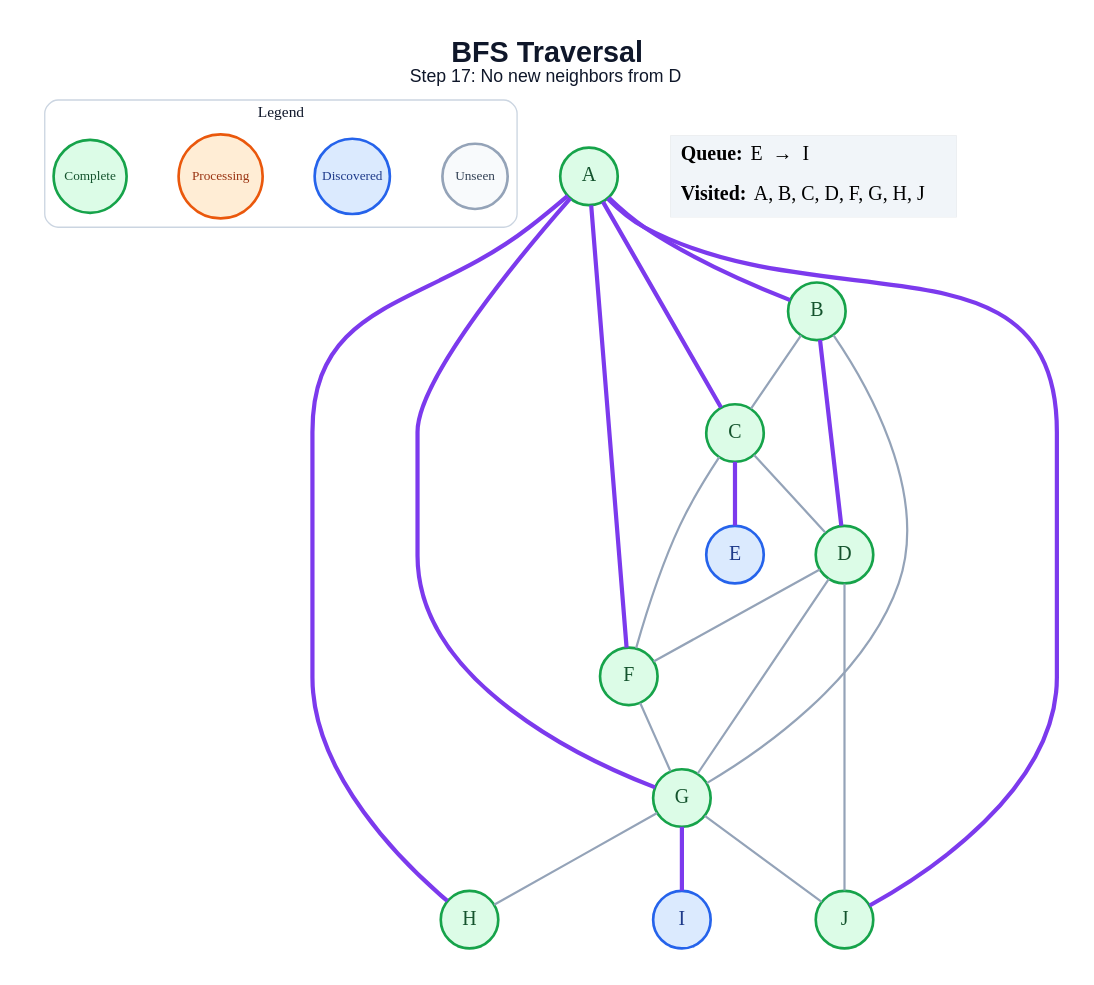
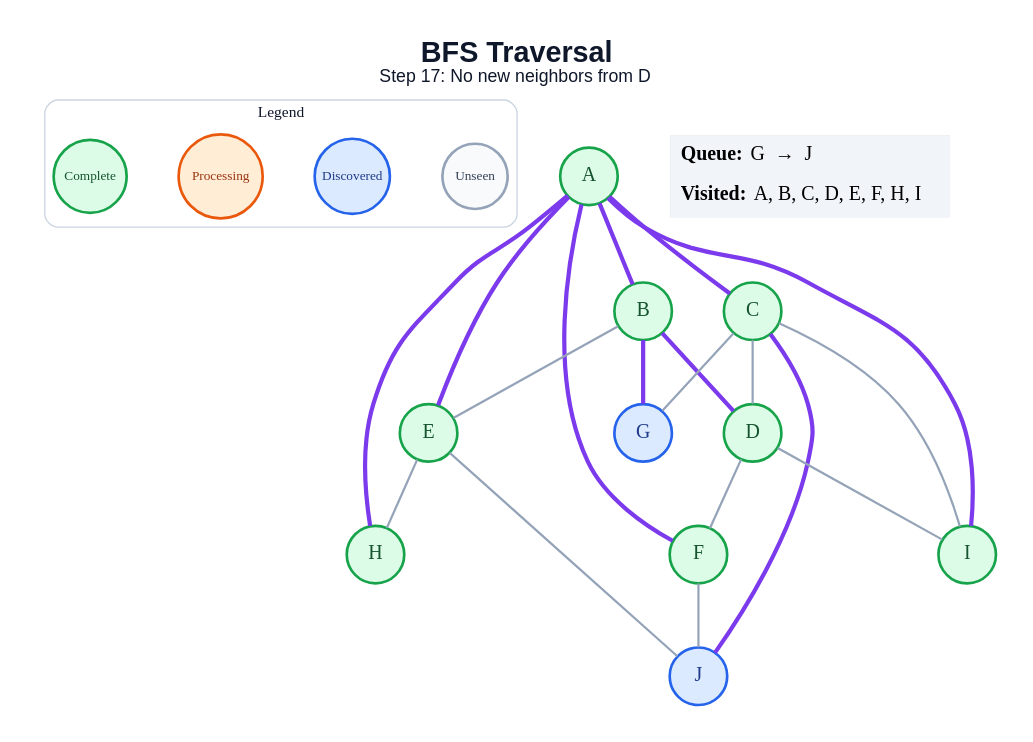
Before and after one commit to amanghodawala9/ai-slop: the diagram in generated/bfs/step_17.dot, drawn with Graphviz. The commit also changed 178 other files, not shown here.

```diff
--- a/generated/bfs/step_17.dot
+++ b/generated/bfs/step_17.dot
@@ -1,48 +1,47 @@
 graph traversal {
   graph [layout=dot, rankdir=TB, bgcolor="#FFFFFF", pad="0.35", nodesep="0.65", ranksep="0.8", fontname="Arial"];
   node [shape=circle, style="filled", fontname="Arial Bold", fontsize=18, width=0.72, fixedsize=true, penwidth=2.4];
   edge [color="#94A3B8", penwidth=2.0];
   label=<<B>BFS Traversal</B><BR/><FONT POINT-SIZE="16">Step 17: No new neighbors from D</FONT>>; labelloc="t"; fontsize=26; fontname="Arial"; fontcolor="#0F172A";
   subgraph cluster_legend { label="Legend"; color="#CBD5E1"; penwidth=1.2; style="rounded"; fontsize=14; fontname="Arial Bold";
     key_unseen [label="Unseen", fillcolor="#F8FAFC", color="#94A3B8", fontcolor="#334155", fontsize=12, width=0.82];
     key_frontier [label="Discovered", fillcolor="#DBEAFE", color="#2563EB", fontcolor="#1E3A8A", fontsize=12, width=0.95];
     key_current [label="Processing", fillcolor="#FFEDD5", color="#EA580C", fontcolor="#9A3412", fontsize=12, width=1.05];
     key_done [label="Complete", fillcolor="#DCFCE7", color="#16A34A", fontcolor="#14532D", fontsize=12, width=0.92];
     { rank=same; key_unseen; key_frontier; key_current; key_done; }
   }
   A [fillcolor="#DCFCE7", color="#16A34A", fontcolor="#14532D"];
   B [fillcolor="#DCFCE7", color="#16A34A", fontcolor="#14532D"];
   C [fillcolor="#DCFCE7", color="#16A34A", fontcolor="#14532D"];
   D [fillcolor="#DCFCE7", color="#16A34A", fontcolor="#14532D"];
-  E [fillcolor="#DBEAFE", color="#2563EB", fontcolor="#1E3A8A"];
+  E [fillcolor="#DCFCE7", color="#16A34A", fontcolor="#14532D"];
   F [fillcolor="#DCFCE7", color="#16A34A", fontcolor="#14532D"];
-  G [fillcolor="#DCFCE7", color="#16A34A", fontcolor="#14532D"];
+  G [fillcolor="#DBEAFE", color="#2563EB", fontcolor="#1E3A8A"];
   H [fillcolor="#DCFCE7", color="#16A34A", fontcolor="#14532D"];
-  I [fillcolor="#DBEAFE", color="#2563EB", fontcolor="#1E3A8A"];
-  J [fillcolor="#DCFCE7", color="#16A34A", fontcolor="#14532D"];
+  I [fillcolor="#DCFCE7", color="#16A34A", fontcolor="#14532D"];
+  J [fillcolor="#DBEAFE", color="#2563EB", fontcolor="#1E3A8A"];
   A -- B [color="#7C3AED", penwidth=3.8];
   A -- C [color="#7C3AED", penwidth=3.8];
+  A -- E [color="#7C3AED", penwidth=3.8];
   A -- F [color="#7C3AED", penwidth=3.8];
-  A -- G [color="#7C3AED", penwidth=3.8];
   A -- H [color="#7C3AED", penwidth=3.8];
-  A -- J [color="#7C3AED", penwidth=3.8];
-  B -- C;
+  A -- I [color="#7C3AED", penwidth=3.8];
   B -- D [color="#7C3AED", penwidth=3.8];
-  B -- G;
+  B -- E;
+  B -- G [color="#7C3AED", penwidth=3.8];
   C -- D;
-  C -- E [color="#7C3AED", penwidth=3.8];
-  C -- F;
+  C -- G;
+  C -- I;
+  C -- J [color="#7C3AED", penwidth=3.8];
   D -- F;
-  D -- G;
-  D -- J;
-  F -- G;
-  G -- H;
-  G -- I [color="#7C3AED", penwidth=3.8];
-  G -- J;
+  D -- I;
+  E -- H;
+  E -- J;
+  F -- J;
   status [shape=plain, fixedsize=false, width=0, height=0, margin=0, label=<
     <TABLE BORDER="0" CELLBORDER="0" CELLPADDING="7" BGCOLOR="#F1F5F9">
-      <TR><TD ALIGN="LEFT"><B>Queue:</B> E  →  I</TD></TR>
-      <TR><TD ALIGN="LEFT"><B>Visited:</B> A, B, C, D, F, G, H, J</TD></TR>
+      <TR><TD ALIGN="LEFT"><B>Queue:</B> G  →  J</TD></TR>
+      <TR><TD ALIGN="LEFT"><B>Visited:</B> A, B, C, D, E, F, H, I</TD></TR>
     </TABLE>
   >];
 }
```
